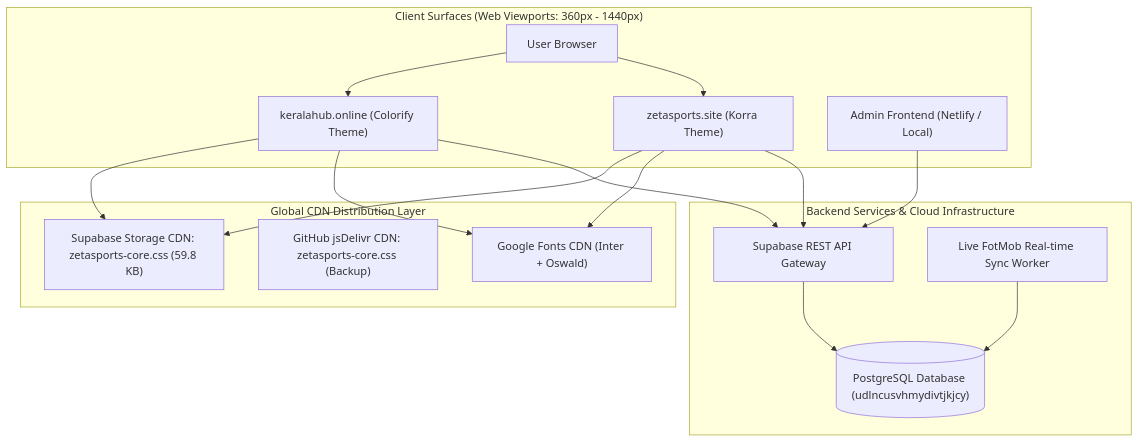
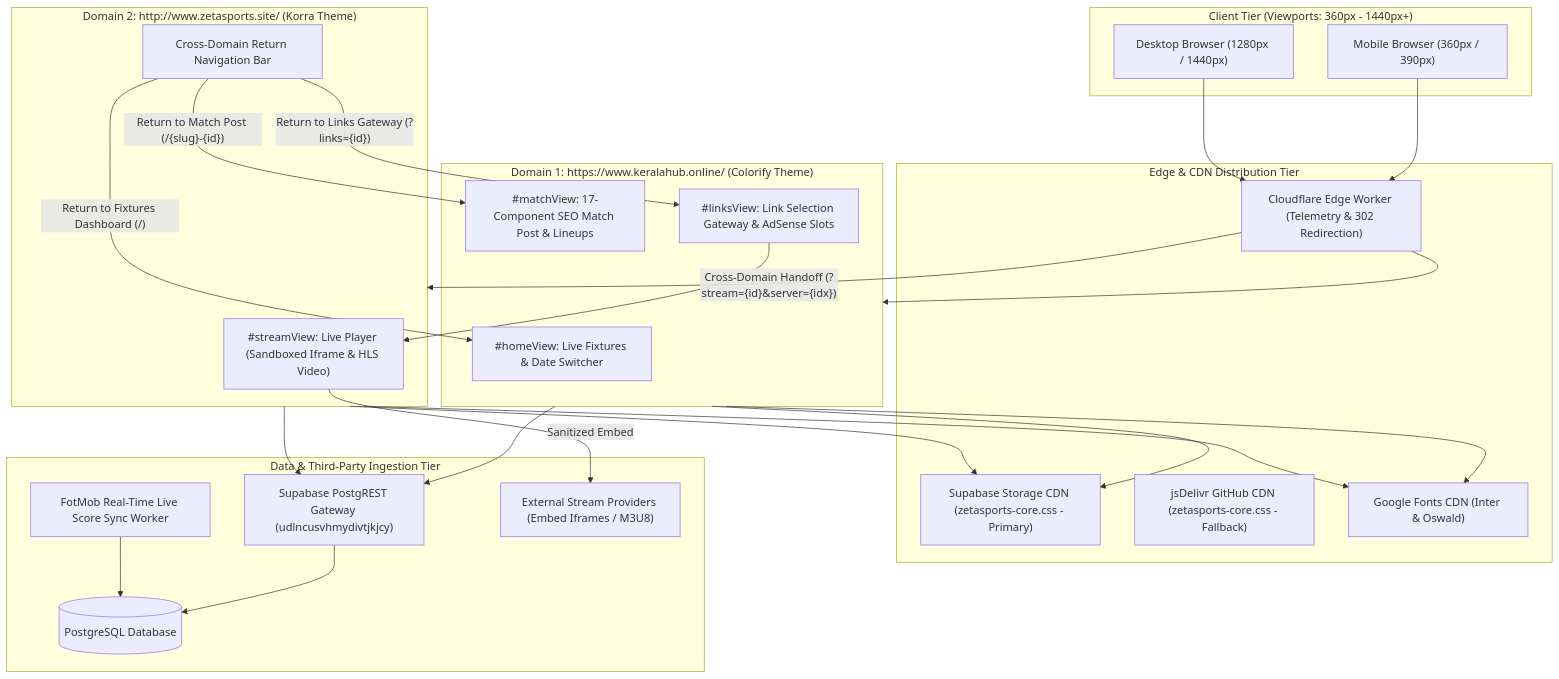
The first of 2 diagrams in project/docs/ARCHITECTURE.md (Mubthaseem/zetasports-flutter), drawn with Mermaid before and after one commit. The commit also changed other lines of this file and 18 other files, not shown here.

````diff
--- a/project/docs/ARCHITECTURE.md
+++ b/project/docs/ARCHITECTURE.md
@@ -11,34 +29,54 @@
 ```mermaid
 flowchart TD
-    subgraph ClientLayer["Client Surfaces (Web Viewports: 360px - 1440px)"]
-        User["User Browser"]
-        KeralaHub["keralahub.online (Colorify Theme)"]
-        ZetaSite["zetasports.site (Korra Theme)"]
-        AdminWeb["Admin Frontend (Netlify / Local)"]
+    subgraph ClientDevices["Client Tier (Viewports: 360px - 1440px+)"]
+        MobileUser["Mobile Browser (360px / 390px)"]
+        DesktopUser["Desktop Browser (1280px / 1440px)"]
     end
 
-    subgraph CDNLayer["Global CDN Distribution Layer"]
-        StorageCSS["Supabase Storage CDN: zetasports-core.css (59.8 KB)"]
-        JSDelivr["GitHub jsDelivr CDN: zetasports-core.css (Backup)"]
-        GoogleFonts["Google Fonts CDN (Inter + Oswald)"]
+    subgraph EdgeRouting["Edge & CDN Distribution Tier"]
+        CloudflareEdge["Cloudflare Edge Worker (Telemetry & 302 Redirection)"]
+        SupabaseCDN["Supabase Storage CDN (zetasports-core.css - Primary)"]
+        JSDelivrCDN["jsDelivr GitHub CDN (zetasports-core.css - Fallback)"]
+        GoogleFonts["Google Fonts CDN (Inter & Oswald)"]
     end
 
-    subgraph BackendLayer["Backend Services & Cloud Infrastructure"]
-        SupaREST["Supabase REST API Gateway"]
-        SupaDB[("PostgreSQL Database (udlncusvhmydivtjkjcy)")]
-        FotMobWorker["Live FotMob Real-time Sync Worker"]
+    subgraph Domain1["Domain 1: https://www.keralahub.online/ (Colorify Theme)"]
+        D1_Home["#homeView: Live Fixtures & Date Switcher"]
+        D1_Match["#matchView: 17-Component SEO Match Post & Lineups"]
+        D1_Links["#linksView: Link Selection Gateway & AdSense Slots"]
     end
 
-    User --> KeralaHub
-    User --> ZetaSite
-    KeralaHub --> StorageCSS
-    ZetaSite --> StorageCSS
-    KeralaHub --> GoogleFonts
-    ZetaSite --> GoogleFonts
+    subgraph Domain2["Domain 2: http://www.zetasports.site/ (Korra Theme)"]
+        D2_Stream["#streamView: Live Player (Sandboxed Iframe & HLS Video)"]
+        D2_Nav["Cross-Domain Return Navigation Bar"]
+    end
 
-    KeralaHub --> SupaREST
-    ZetaSite --> SupaREST
-    AdminWeb --> SupaREST
-    FotMobWorker --> SupaDB
+    subgraph DataTier["Data & Third-Party Ingestion Tier"]
+        SupaREST["Supabase PostgREST Gateway (udlncusvhmydivtjkjcy)"]
+        SupaDB[("PostgreSQL Database")]
+        FotMobSync["FotMob Real-Time Live Score Sync Worker"]
+        StreamServers["External Stream Providers (Embed Iframes / M3U8)"]
+    end
+
+    MobileUser --> CloudflareEdge
+    DesktopUser --> CloudflareEdge
+    CloudflareEdge --> Domain1
+    CloudflareEdge --> Domain2
+
+    Domain1 --> SupabaseCDN
+    Domain2 --> SupabaseCDN
+    Domain1 --> GoogleFonts
+    Domain2 --> GoogleFonts
+
+    Domain1 --> SupaREST
+    Domain2 --> SupaREST
     SupaREST --> SupaDB
+    FotMobSync --> SupaDB
+
+    D1_Links -->|"Cross-Domain Handoff (?stream={id}&server={idx})"| D2_Stream
+    D2_Nav -->|"Return to Match Post (/{slug}-{id})"| D1_Match
+    D2_Nav -->|"Return to Links Gateway (?links={id})"| D1_Links
+    D2_Nav -->|"Return to Fixtures Dashboard (/)"| D1_Home
+
+    D2_Stream -->|"Sanitized Embed"| StreamServers
 ```
````
